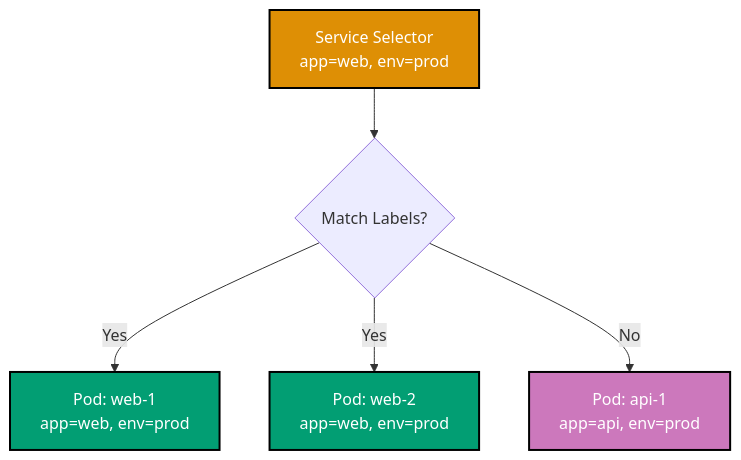
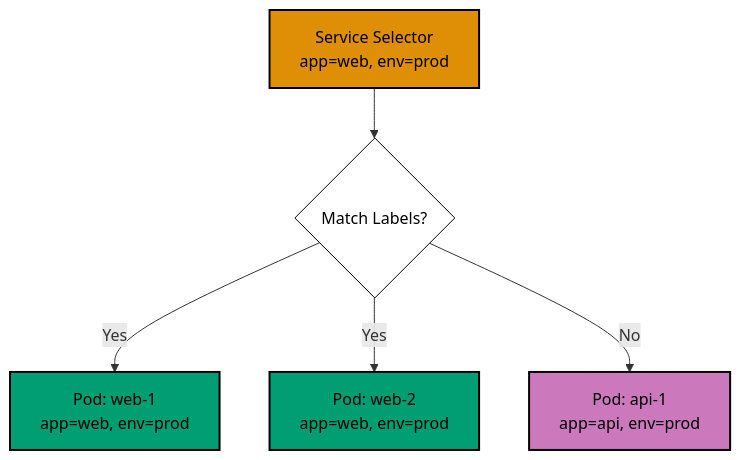
One commit to wahidyankf/ose-public changed the ninth of 9 diagrams in apps/ayokoding-www/content/en/learn/legacy/software-engineering/infrastructure/tools/kubernetes/by-example/beginner.md. Above: the diagram before and after it, drawn with Mermaid. The commit also changed other lines of this file and 131 other files, not shown here.

First line of the commit message:
fix(mermaid): bring the legacy data, infrastructure, and testing diagrams onto the accessible palette

````diff
--- a/apps/ayokoding-www/content/en/learn/legacy/software-engineering/infrastructure/tools/kubernetes/by-example/beginner.md
+++ b/apps/ayokoding-www/content/en/learn/legacy/software-engineering/infrastructure/tools/kubernetes/by-example/beginner.md
@@ -1734,14 +1787,20 @@
 ```mermaid
 %% Color Palette: Blue #0173B2, Orange #DE8F05, Teal #029E73, Purple #CC78BC, Brown #CA9161
 %% Label selector matching
 graph TD
+ accTitle: Example 24: Labels and Selectors
+ accDescr: Graph with 5 nodes and 4 connections. Nodes: Service Selector app=web, env=prod, Match Labels?, Pod: web-1 app=web, env=prod, Pod: web-2 app=web, env=prod, Pod: api-1 app=api, env=prod. Connections: Service Selector app=web, env=prod to Match Labels?, Match Labels? to Pod: web-1 app=web, env=prod (Yes), Match Labels? to Pod: web-2 app=web, env=prod (Yes), Match Labels? to Pod: api-1 app=api, env=prod (No).
  A[Service Selector<br/>app=web, env=prod] --> B{Match Labels?}
  B -->|Yes| C[Pod: web-1<br/>app=web, env=prod]
  B -->|Yes| D[Pod: web-2<br/>app=web, env=prod]
  B -->|No| E[Pod: api-1<br/>app=api, env=prod]
 
- style A fill:#DE8F05,stroke:#000000,stroke-width:2px,color:#fff
- style C fill:#029E73,stroke:#000000,stroke-width:2px,color:#fff
- style D fill:#029E73,stroke:#000000,stroke-width:2px,color:#fff
- style E fill:#CC78BC,stroke:#000000,stroke-width:2px,color:#fff
+ classDef pal-DE8F05 fill:#DE8F05,stroke:#000000,color:#000000,stroke-width:2px
+ class A pal-DE8F05
+ classDef pal-029E73 fill:#029E73,stroke:#000000,color:#000000,stroke-width:2px
+ class C pal-029E73
+ class D pal-029E73
+ classDef pal-CC78BC fill:#CC78BC,stroke:#000000,color:#000000,stroke-width:2px
+ class E pal-CC78BC
+ classDef default fill:#FFFFFF,stroke:#000000,color:#000000
 ```
````
